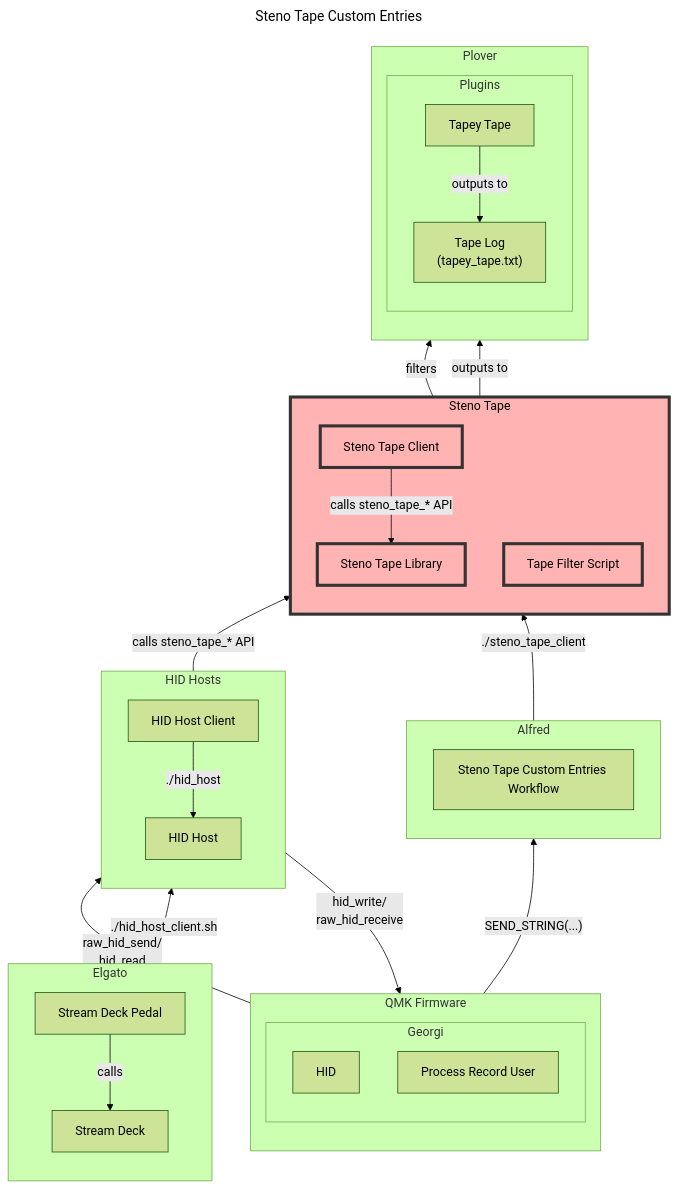
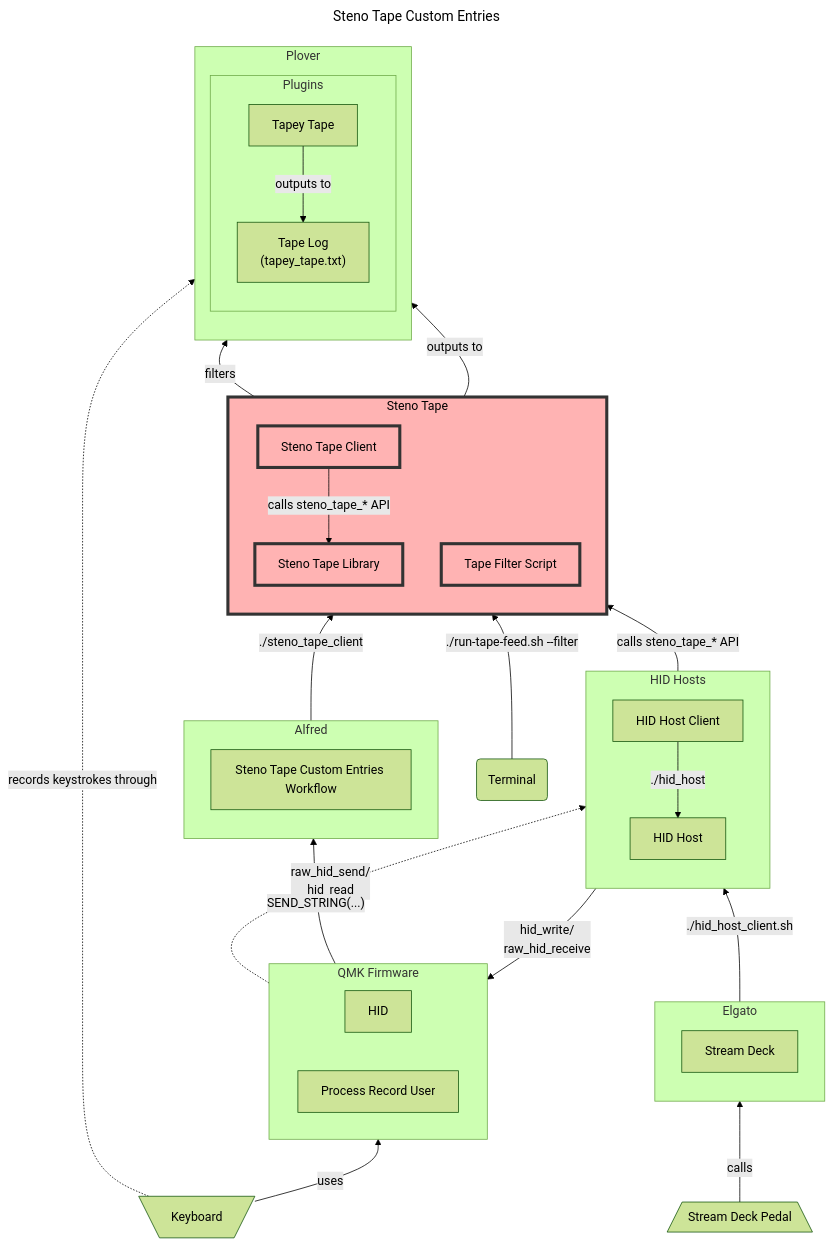
The diagram in README.md (paulfioravanti/steno_tape), drawn with Mermaid (forest theme) before and after one commit.

Commit message:
Update diagram

````diff
--- a/README.md
+++ b/README.md
@@ -166,15 +166,16 @@
 title: Steno Tape Custom Entries
 ---
 flowchart BT
-  GeorgiHID["HID"]
-  GeorgiProcessRecordUser["Process Record User"]
+  FirmwareHID["HID"]
+  Keyboard[\"Keyboard"/]
+  FirmwareProcessRecordUser["Process Record User"]
   HIDHost["HID Host"]
   HIDHostClient["HID Host Client"]
   StenoTapeLibrary["Steno Tape Library"]
   StenoTapeClient["Steno Tape Client"]
   StenoTapeCustomEntriesWorkflow["Steno Tape Custom Entries Workflow"]
   StreamDeck["Stream Deck"]
-  StreamDeckPedal["Stream Deck Pedal"]
+  StreamDeckPedal[/"Stream Deck Pedal"\]
   TapeyTape[Tapey Tape]
   TapeLogFile["Tape Log\n(tapey_tape.txt)"]
   TapeFilterScript["Tape Filter Script"]
@@ -189,61 +190,59 @@
   subgraph Elgato
     direction TB
     StreamDeck
-    StreamDeckPedal
   end
 
   subgraph HIDHosts["HID Hosts"]
     direction TB
     HIDHost
-    HIDHostClient
+    HIDHostClient -- "`./hid_host`" --> HIDHost
   end
 
   subgraph QMKFirmware["QMK Firmware"]
-    direction TB
-    subgraph Georgi
-      GeorgiHID
-      GeorgiProcessRecordUser
-    end
+    direction LR
+    FirmwareHID
+    FirmwareProcessRecordUser
   end
 
   subgraph Plover
     direction TB
     subgraph Plugins
-      TapeyTape
       TapeLogFile
+      TapeyTape -- outputs to --> TapeLogFile
     end
   end
 
   subgraph StenoTape["Steno Tape"]
     direction TB
     StenoTapeLibrary:::current
-    StenoTapeClient:::current
+    StenoTapeClient:::current -- "calls steno_tape_* API" --> StenoTapeLibrary
     TapeFilterScript:::current
   end
   class StenoTape current
 
-  TapeyTape -- outputs to --> TapeLogFile
+  Terminal(Terminal) -- "`./run-tape-feed.sh --filter`" --> TapeFilterScript
   TapeFilterScript -- filters --> TapeLogFile
   StenoTapeLibrary -- outputs to --> TapeLogFile
-  StenoTapeClient -- "calls steno_tape_* API" --> StenoTapeLibrary
   StenoTapeCustomEntriesWorkflow -- "`./steno_tape_client`" --> StenoTapeClient
-  GeorgiProcessRecordUser -- "SEND_STRING(...)" --> StenoTapeCustomEntriesWorkflow
+  FirmwareProcessRecordUser -- "SEND_STRING(...)" --> StenoTapeCustomEntriesWorkflow
+  Keyboard -- uses --> QMKFirmware
+  Keyboard -. records keystrokes through .-> TapeyTape
   HIDHost -- "calls steno_tape_* API" --> StenoTapeLibrary
-  HIDHostClient -- "`./hid_host`" --> HIDHost
-  GeorgiHID -- "raw_hid_send/\nhid_read" --> HIDHost
-  HIDHost -- "hid_write/\nraw_hid_receive" --> GeorgiHID
+  FirmwareHID -. "raw_hid_send/\nhid_read" .-> HIDHost
+  HIDHost -- "hid_write/\nraw_hid_receive" --> FirmwareHID
   StreamDeck -- "`./hid_host_client.sh`" --> HIDHostClient
   StreamDeckPedal -- calls --> StreamDeck
 
-  click Dictionaries "https://github.com/paulfioravanti/steno-dictionaries" "Steno Dictionaries" _blank
-  click GeorgiHID "https://github.com/paulfioravanti/qmk_keymaps/blob/master/keyboards/gboards/georgi/keymaps/paulfioravanti/user/hid.c" "Georgi HID" _blank
-  click GeorgiProcessRecordUser "https://github.com/paulfioravanti/qmk_keymaps/blob/master/keyboards/gboards/georgi/keymaps/paulfioravanti/user/process_record_user.c" "Georgi Process Record User" _blank
-  click HIDHost "https://github.com/paulfioravanti/hid_hosts/blob/main/hid_host.c" "HID Host" _blank
-  click HIDHostClient "https://github.com/paulfioravanti/hid_hosts/blob/main/hid_host_client.sh" "HID Host Client" _blank
-  click StenoTapeClient "https://github.com/paulfioravanti/steno_tape/blob/main/clients/steno_tape_client.c" "Steno Tape Client" _blank
-  click StenoTapeCustomEntriesWorkflow "https://github.com/paulfioravanti/dotfiles/tree/master/macos/alfred" "Steno Tape Custom Entries Workflow" _blank
-  click StenoTapeLibrary "https://github.com/paulfioravanti/steno_tape/blob/main/src/steno_tape.c" "Steno Tape" _blank
-  click StreamDeck "https://www.elgato.com/us/en/s/welcome-to-stream-deck" "Stream Deck" _blank
-  click TapeyTape "https://github.com/rabbitgrowth/plover-tapey-tape" "Tapey Tape" _blank
-  click TapeFilterScript "https://github.com/paulfioravanti/steno_tape/blob/main/bin/run-tape-feed.sh" "Tape Filter Script" _blank
+  click Dictionaries href "https://github.com/paulfioravanti/steno-dictionaries" "Steno Dictionaries" _blank
+  click FirmwareHID href "https://github.com/paulfioravanti/qmk_keymaps/blob/master/keyboards/gboards/georgi/keymaps/paulfioravanti/user/hid.c" "Georgi HID" _blank
+  click FirmwareProcessRecordUser href "https://github.com/paulfioravanti/qmk_keymaps/blob/master/keyboards/gboards/georgi/keymaps/paulfioravanti/user/process_record_user.c" "Georgi Process Record User" _blank
+  click HIDHost href "https://github.com/paulfioravanti/hid_hosts/blob/main/hid_host.c" "HID Host" _blank
+  click HIDHostClient href "https://github.com/paulfioravanti/hid_hosts/blob/main/hid_host_client.sh" "HID Host Client" _blank
+  click StenoTapeClient href "https://github.com/paulfioravanti/steno_tape/blob/main/clients/steno_tape_client.c" "Steno Tape Client" _blank
+  click StenoTapeCustomEntriesWorkflow href "https://github.com/paulfioravanti/dotfiles/tree/master/macos/alfred" "Steno Tape Custom Entries Workflow" _blank
+  click StenoTapeLibrary href "https://github.com/paulfioravanti/steno_tape/blob/main/src/steno_tape.c" "Steno Tape" _blank
+  click StreamDeck href "https://www.elgato.com/us/en/s/welcome-to-stream-deck" "Stream Deck" _blank
+  click StreamDeckPedal href "https://www.elgato.com/us/en/p/stream-deck-pedal" "Stream Deck Pedal" _blank
+  click TapeyTape href "https://github.com/rabbitgrowth/plover-tapey-tape" "Tapey Tape" _blank
+  click TapeFilterScript href "https://github.com/paulfioravanti/steno_tape/blob/main/bin/run-tape-feed.sh" "Tape Filter Script" _blank
 ```
````
